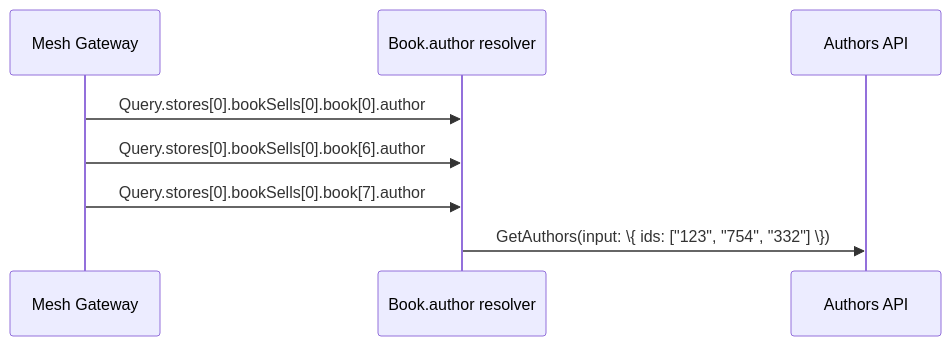
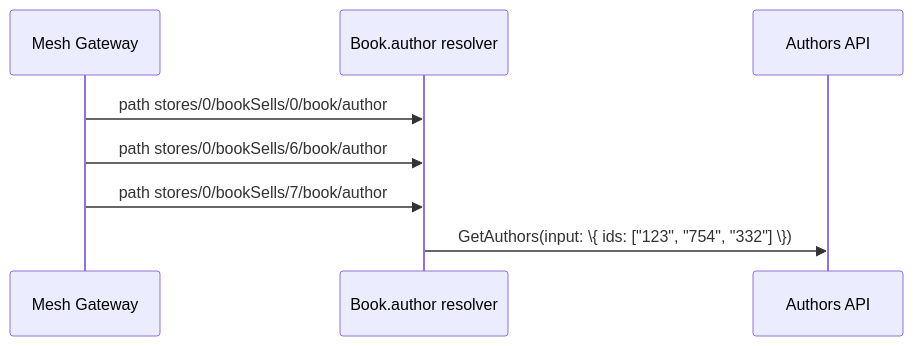
The third of 3 diagrams in website/src/content/docs/guides/batching.mdx (ardatan/graphql-mesh), drawn with Mermaid before and after one commit. The commit also changed other lines of this file and 25 other files, not shown here.

First line of the commit message:
Schema Coordinates: Spec forms, Mesh selectors, federation + response-cache (#9861)

````diff
--- a/website/src/content/docs/guides/batching.mdx
+++ b/website/src/content/docs/guides/batching.mdx
@@ -149,10 +152,10 @@
 ```mermaid
 sequenceDiagram
 participant Mesh Gateway
 participant Book.author resolver
 participant Authors API
-Mesh Gateway->>Book.author resolver: Query.stores[0].bookSells[0].book[0].author
-Mesh Gateway->>Book.author resolver: Query.stores[0].bookSells[0].book[6].author
-Mesh Gateway->>Book.author resolver: Query.stores[0].bookSells[0].book[7].author
+Mesh Gateway->>Book.author resolver: path stores/0/bookSells/0/book/author
+Mesh Gateway->>Book.author resolver: path stores/0/bookSells/6/book/author
+Mesh Gateway->>Book.author resolver: path stores/0/bookSells/7/book/author
 Book.author resolver->>Authors API: GetAuthors(input: \{ ids: ["123", "754", "332"] \})
 ```
````
